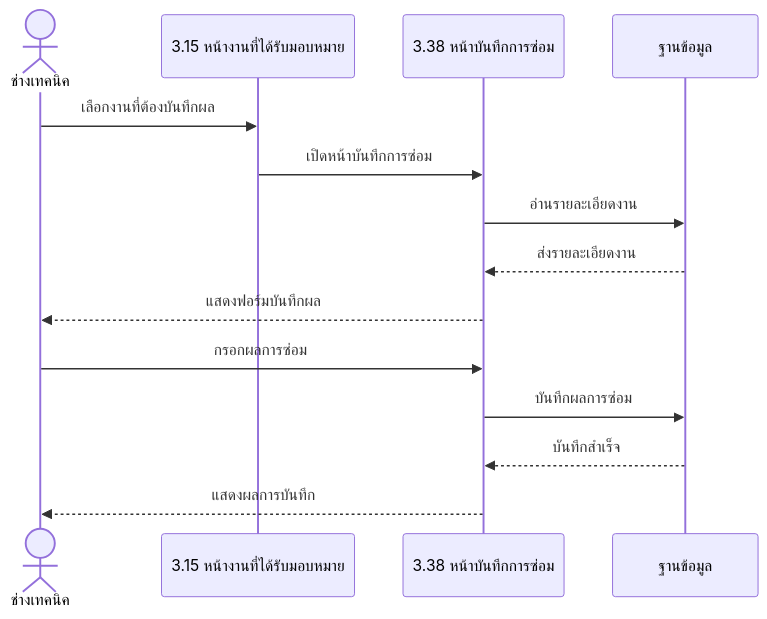
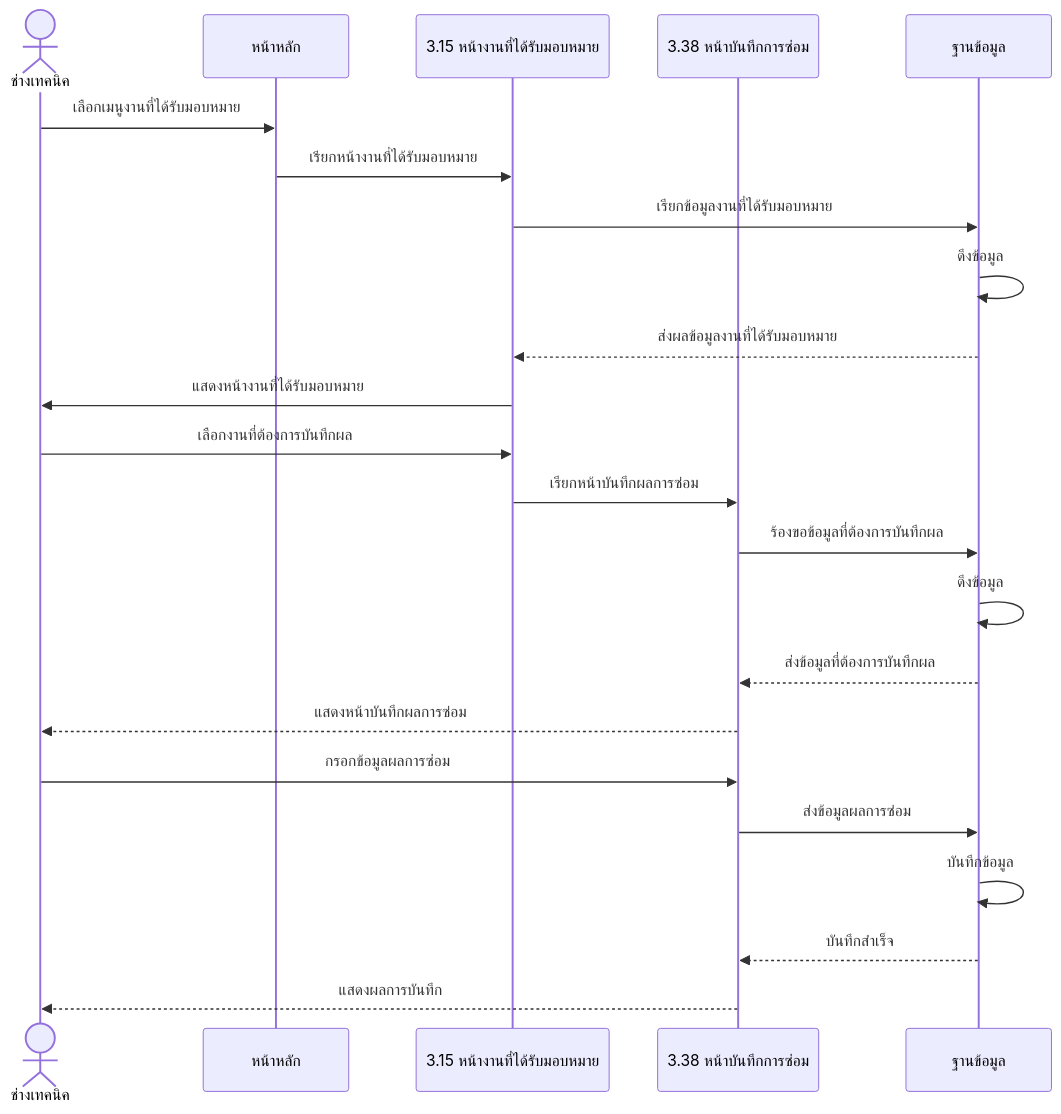
Diagram 14 of 20 in sequence-diagrams.md (nonkanisorn/helpdesk-systemv2), drawn with Mermaid before and after one commit. The commit also changed other lines of this file and 132 other files, not shown here.

````diff
--- a/sequence-diagrams.md
+++ b/sequence-diagrams.md
@@ -240,16 +250,25 @@
 ```mermaid
 sequenceDiagram
     actor Aactor as ช่างเทคนิค
+    participant MainPage as หน้าหลัก
     participant Assigned as 3.15 หน้างานที่ได้รับมอบหมาย
     participant Record as 3.38 หน้าบันทึกการซ่อม
     participant DB as ฐานข้อมูล
-    Aactor->>Assigned: เลือกงานที่ต้องบันทึกผล
-    Assigned->>Record: เปิดหน้าบันทึกการซ่อม
-    Record->>DB: อ่านรายละเอียดงาน
-    DB-->>Record: ส่งรายละเอียดงาน
-    Record-->>Aactor: แสดงฟอร์มบันทึกผล
-    Aactor->>Record: กรอกผลการซ่อม
-    Record->>DB: บันทึกผลการซ่อม
+    Aactor->>MainPage:เลือกเมนูงานที่ได้รับมอบหมาย
+    MainPage->>Assigned:เรียกหน้างานที่ได้รับมอบหมาย
+    Assigned->>DB:เรียกข้อมูลงานที่ได้รับมอบหมาย
+    DB->>DB:ดึงข้อมูล
+    DB-->>Assigned:ส่งผลข้อมูลงานที่ได้รับมอบหมาย
+    Assigned->>Aactor:แสดงหน้างานที่ได้รับมอบหมาย
+    Aactor->>Assigned: เลือกงานที่ต้องการบันทึกผล
+    Assigned->>Record:เรียกหน้าบันทึกผลการซ่อม
+    Record->>DB:ร้องขอข้อมูลที่ต้องการบันทึกผล
+    DB->>DB:ดึงข้อมูล
+    DB-->>Record:ส่งข้อมูลที่ต้องการบันทึกผล
+    Record-->>Aactor:แสดงหน้าบันทึกผลการซ่อม
+    Aactor->>Record: กรอกข้อมูลผลการซ่อม
+    Record->>DB: ส่งข้อมูลผลการซ่อม
+    DB->>DB:บันทึกข้อมูล
     DB-->>Record: บันทึกสำเร็จ
     Record-->>Aactor: แสดงผลการบันทึก
 ```
````
